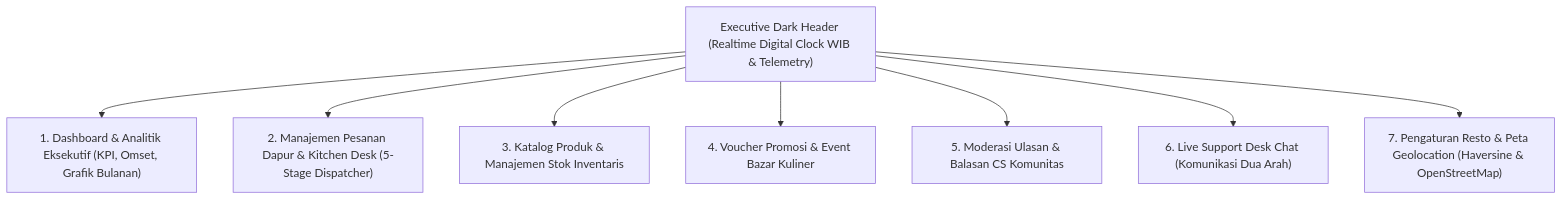
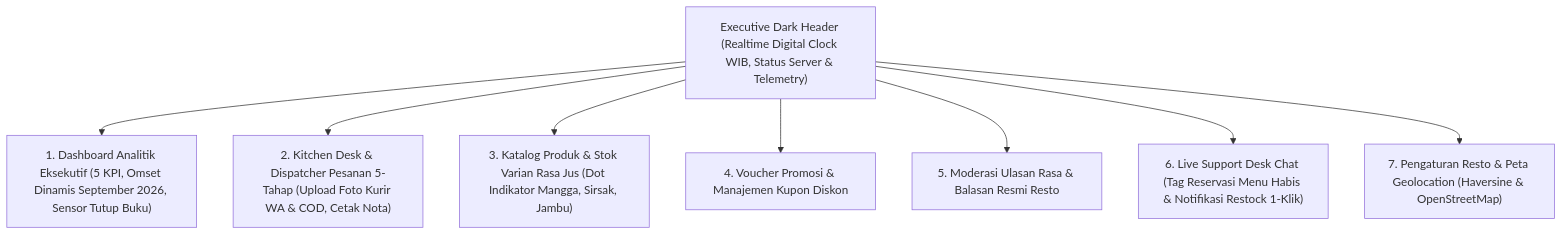
Before and after one commit to fatihahmadzakky19/Nefakky3: the diagram in nefakky3/docs/DESIGN_ADMIN.md, drawn with Mermaid. The commit also changed other lines of this file and 75 other files, not shown here.

````diff
--- a/nefakky3/docs/DESIGN_ADMIN.md
+++ b/nefakky3/docs/DESIGN_ADMIN.md
@@ -13,11 +13,11 @@
 ```mermaid
 graph TD
-    Header["Executive Dark Header (Realtime Digital Clock WIB & Telemetry)"]
-    Header --> Tab1["1. Dashboard & Analitik Eksekutif (KPI, Omset, Grafik Bulanan)"]
-    Header --> Tab2["2. Manajemen Pesanan Dapur & Kitchen Desk (5-Stage Dispatcher)"]
-    Header --> Tab3["3. Katalog Produk & Manajemen Stok Inventaris"]
-    Header --> Tab4["4. Voucher Promosi & Event Bazar Kuliner"]
-    Header --> Tab5["5. Moderasi Ulasan & Balasan CS Komunitas"]
-    Header --> Tab6["6. Live Support Desk Chat (Komunikasi Dua Arah)"]
+    Header["Executive Dark Header (Realtime Digital Clock WIB, Status Server & Telemetry)"]
+    Header --> Tab1["1. Dashboard Analitik Eksekutif (5 KPI, Omset Dinamis September 2026, Sensor Tutup Buku)"]
+    Header --> Tab2["2. Kitchen Desk & Dispatcher Pesanan 5-Tahap (Upload Foto Kurir WA & COD, Cetak Nota)"]
+    Header --> Tab3["3. Katalog Produk & Stok Varian Rasa Jus (Dot Indikator Mangga, Sirsak, Jambu)"]
+    Header --> Tab4["4. Voucher Promosi & Manajemen Kupon Diskon"]
+    Header --> Tab5["5. Moderasi Ulasan Rasa & Balasan Resmi Resto"]
+    Header --> Tab6["6. Live Support Desk Chat (Tag Reservasi Menu Habis & Notifikasi Restock 1-Klik)"]
     Header --> Tab7["7. Pengaturan Resto & Peta Geolocation (Haversine & OpenStreetMap)"]
 ```
````
